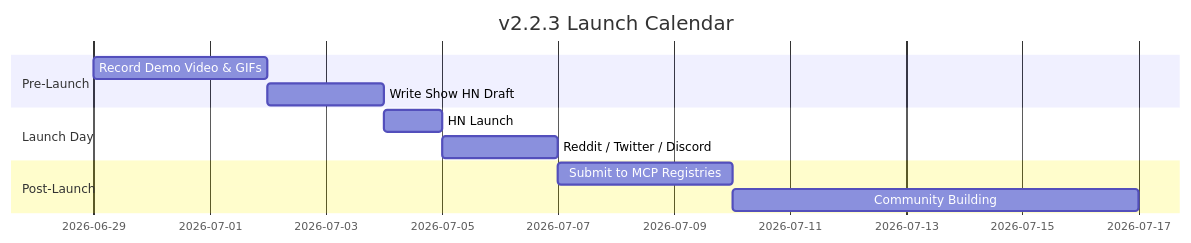
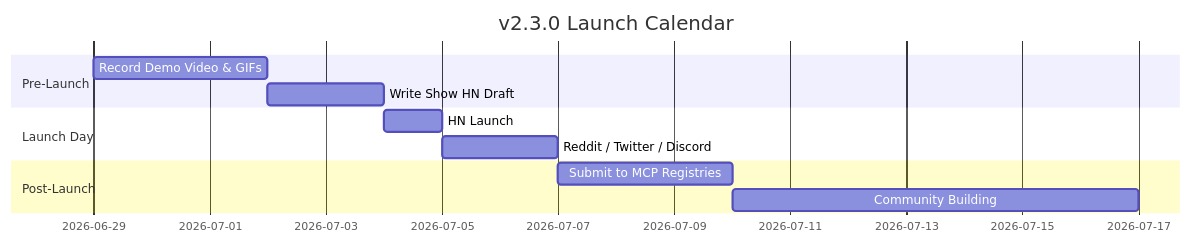
Before and after one commit to Anandb71/arbor: the diagram in docs/LAUNCH_PLAN.md, drawn with Mermaid. The commit also changed other lines of this file and 11 other files, not shown here.

````diff
--- a/docs/LAUNCH_PLAN.md
+++ b/docs/LAUNCH_PLAN.md
@@ -18,14 +18,14 @@
 ```mermaid
 gantt
-    title v2.2.3 Launch Calendar
+    title v2.3.0 Launch Calendar
     dateFormat  YYYY-MM-DD
     section Pre-Launch
     Record Demo Video & GIFs   :a1, 2026-06-29, 3d
     Write Show HN Draft        :a2, after a1, 2d
     section Launch Day
     HN Launch                  :b1, 2026-07-04, 1d
     Reddit / Twitter / Discord :b2, after b1, 2d
     section Post-Launch
     Submit to MCP Registries   :c1, after b2, 3d
     Community Building         :c2, after c1, 7d
 ```
````
